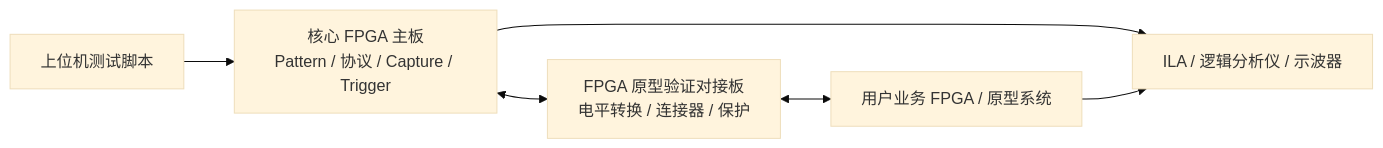
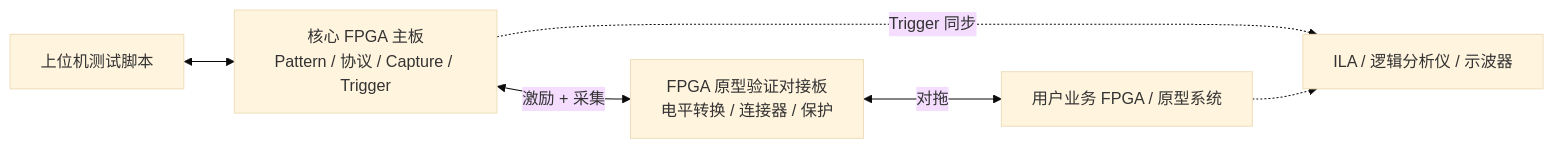
One commit to mynamelcz/fpga-test-platform changed the diagram in 06-流片前FPGA原型验证方案.md. Above: the diagram before and after it, drawn with Mermaid (base theme). The commit also changed 13 other files, not shown here.

````diff
--- a/06-流片前FPGA原型验证方案.md
+++ b/06-流片前FPGA原型验证方案.md
@@ -69,14 +69,14 @@
 ```mermaid
 flowchart LR
-    PC[上位机测试脚本]
-    Core[核心 FPGA 主板\nPattern / 协议 / Capture / Trigger]
-    Adapter[FPGA 原型验证对接板\n电平转换 / 连接器 / 保护]
-    UserFPGA[用户业务 FPGA / 原型系统]
-    Debug[ILA / 逻辑分析仪 / 示波器]
+    PC["上位机测试脚本"]
+    Core["核心 FPGA 主板<br/>Pattern / 协议 / Capture / Trigger"]
+    Adapter["FPGA 原型验证对接板<br/>电平转换 / 连接器 / 保护"]
+    UserFPGA["用户业务 FPGA / 原型系统"]
+    Debug["ILA / 逻辑分析仪 / 示波器"]
 
-    PC --> Core
-    Core <--> Adapter
-    Adapter <--> UserFPGA
-    Core --> Debug
-    UserFPGA --> Debug
+    PC <--> Core
+    Core <-->|"激励 + 采集"| Adapter
+    Adapter <-->|"对拖"| UserFPGA
+    Core -.->|"Trigger 同步"| Debug
+    UserFPGA -.-> Debug
 ```
````
